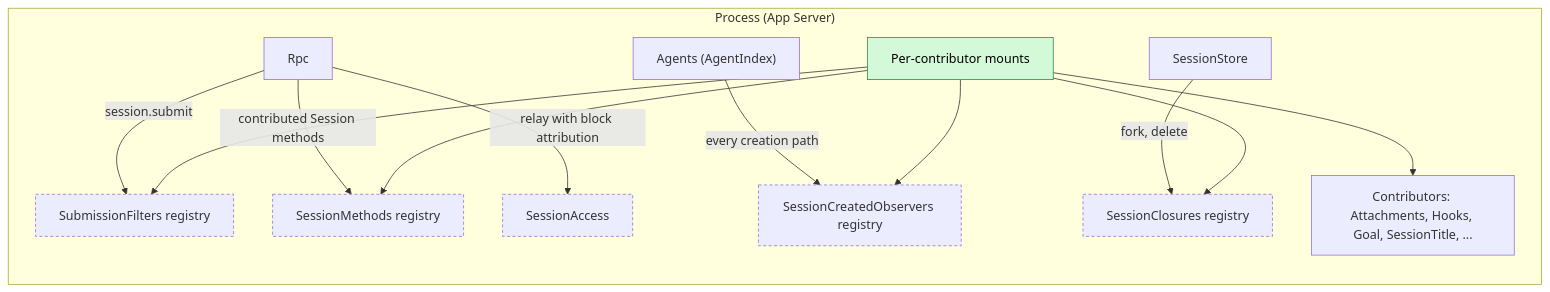
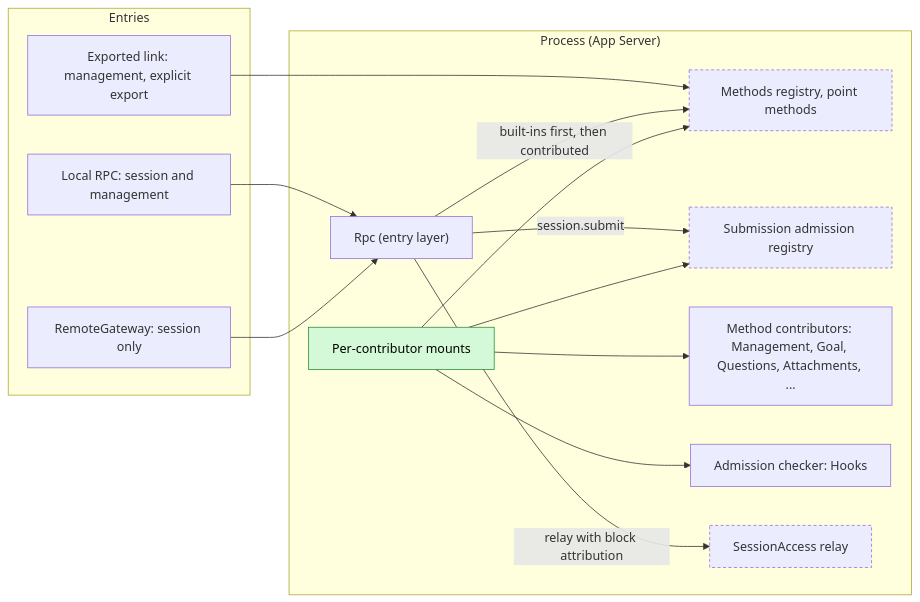
Before and after one commit to CoutinhoTTS/dim-agent: the first of 5 diagrams in docs/design/contracts/session-boundary.md, drawn with Mermaid. The commit also changed other lines of this file and 4 other files, not shown here.

````diff
--- a/docs/design/contracts/session-boundary.md
+++ b/docs/design/contracts/session-boundary.md
@@ -9,27 +9,29 @@
 ```mermaid
 flowchart LR
   subgraph PROC["Process (App Server)"]
-    Rpc["Rpc"]
-    Agents["Agents (AgentIndex)"]
-    Store["SessionStore"]
-    SFR["SubmissionFilters registry"]:::contract
-    SMR["SessionMethods registry"]:::contract
-    SCR["SessionCreatedObservers registry"]:::contract
-    SCL["SessionClosures registry"]:::contract
-    SA["SessionAccess"]:::contract
+    Rpc["Rpc (entry layer)"]
+    MR["Methods registry, point methods"]:::contract
+    AR["Submission admission registry"]:::contract
     Mounts["Per-contributor mounts"]:::new
-    Contrib["Contributors: Attachments, Hooks, Goal, SessionTitle, ..."]
+    MC["Method contributors: Management, Goal, Questions, Attachments, ..."]
+    HC["Admission checker: Hooks"]
+    SA["SessionAccess relay"]:::contract
   end
-  Rpc -->|"session.submit"| SFR
-  Rpc -->|"contributed Session methods"| SMR
+  subgraph ENT["Entries"]
+    Local["Local RPC: session and management"]
+    Remote["RemoteGateway: session only"]
+    Link["Exported link: management, explicit export"]
+  end
+  Local --> Rpc
+  Remote --> Rpc
+  Link --> MR
+  Rpc -->|"built-ins first, then contributed"| MR
+  Rpc -->|"session.submit"| AR
   Rpc -->|"relay with block attribution"| SA
-  Agents -->|"every creation path"| SCR
-  Store -->|"fork, delete"| SCL
-  Mounts --> SFR
-  Mounts --> SMR
-  Mounts --> SCR
-  Mounts --> SCL
-  Mounts --> Contrib
+  Mounts --> MR
+  Mounts --> AR
+  Mounts --> MC
+  Mounts --> HC
   classDef new fill:#d3f9d8,stroke:#2b8a3e,color:#000
   classDef contract stroke-dasharray:4 3
 ```
````
